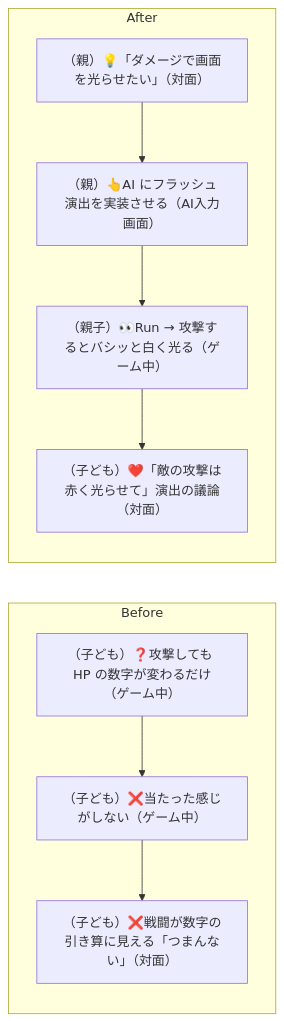
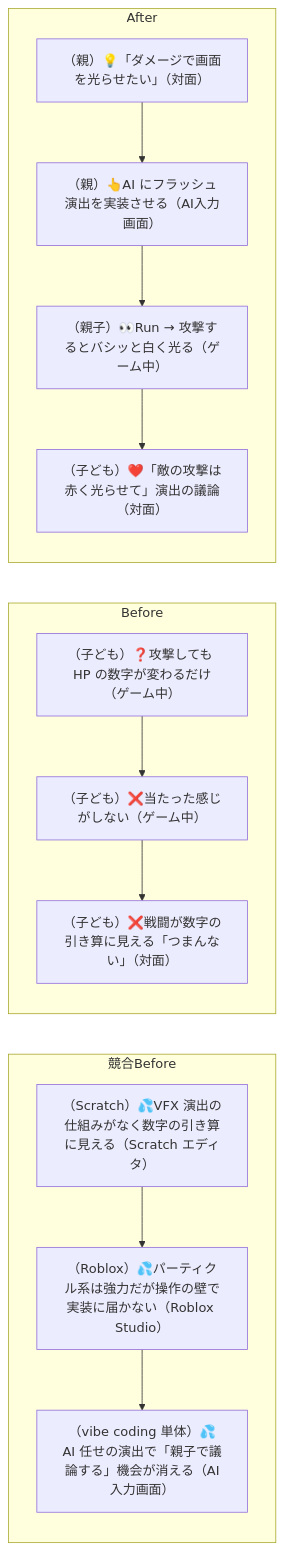
Diagram 19 of 42 in docs/customer-journeys.md (tatsuro-ueda/code-quest-pyxel), drawn with Mermaid before and after one commit. The commit also changed other lines of this file, not shown here.

````diff
--- a/docs/customer-journeys.md
+++ b/docs/customer-journeys.md
@@ -599,14 +620,19 @@
 ```mermaid
 flowchart LR
+    subgraph Competitor["競合Before"]
+        C1[（Scratch）💦VFX 演出の仕組みがなく数字の引き算に見える（Scratch エディタ）]
+        C1 --> C2[（Roblox）💦パーティクル系は強力だが操作の壁で実装に届かない（Roblox Studio）]
+        C2 --> C3[（vibe coding 単体）💦AI 任せの演出で「親子で議論する」機会が消える（AI入力画面）]
+    end
     subgraph Before["Before"]
         B1[（子ども）❓攻撃しても HP の数字が変わるだけ（ゲーム中）]
         B1 --> B2[（子ども）❌当たった感じがしない（ゲーム中）]
         B2 --> B3[（子ども）❌戦闘が数字の引き算に見える「つまんない」（対面）]
     end
     subgraph After["After"]
         A1[（親）💡「ダメージで画面を光らせたい」（対面）]
         A1 --> A2[（親）👆AI にフラッシュ演出を実装させる（AI入力画面）]
         A2 --> A3[（親子）👀Run → 攻撃するとバシッと白く光る（ゲーム中）]
         A3 --> A4[（子ども）❤️「敵の攻撃は赤く光らせて」演出の議論（対面）]
     end
 ```
````
